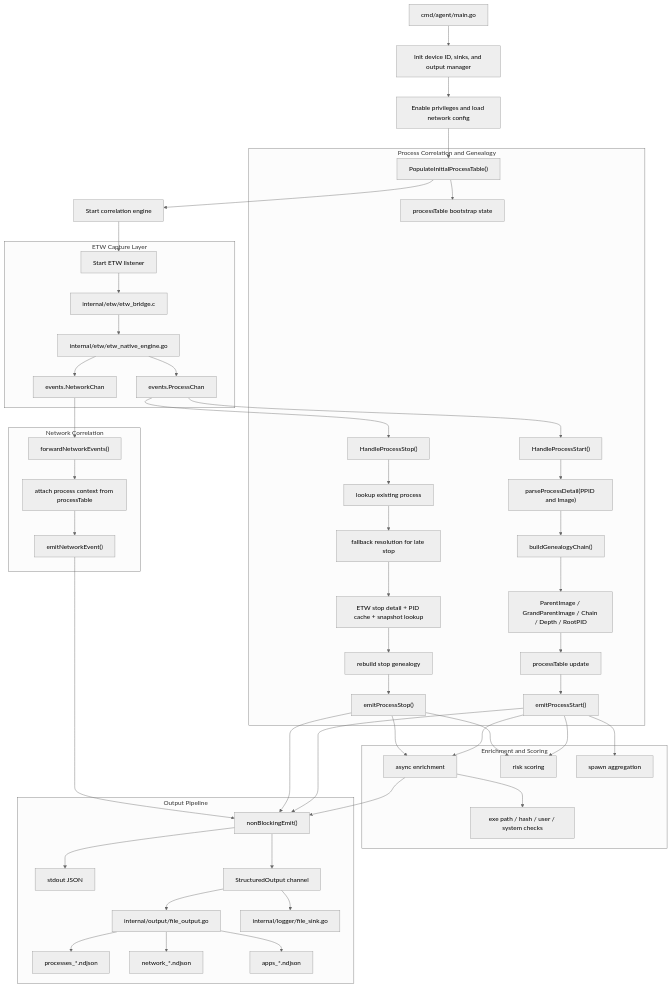
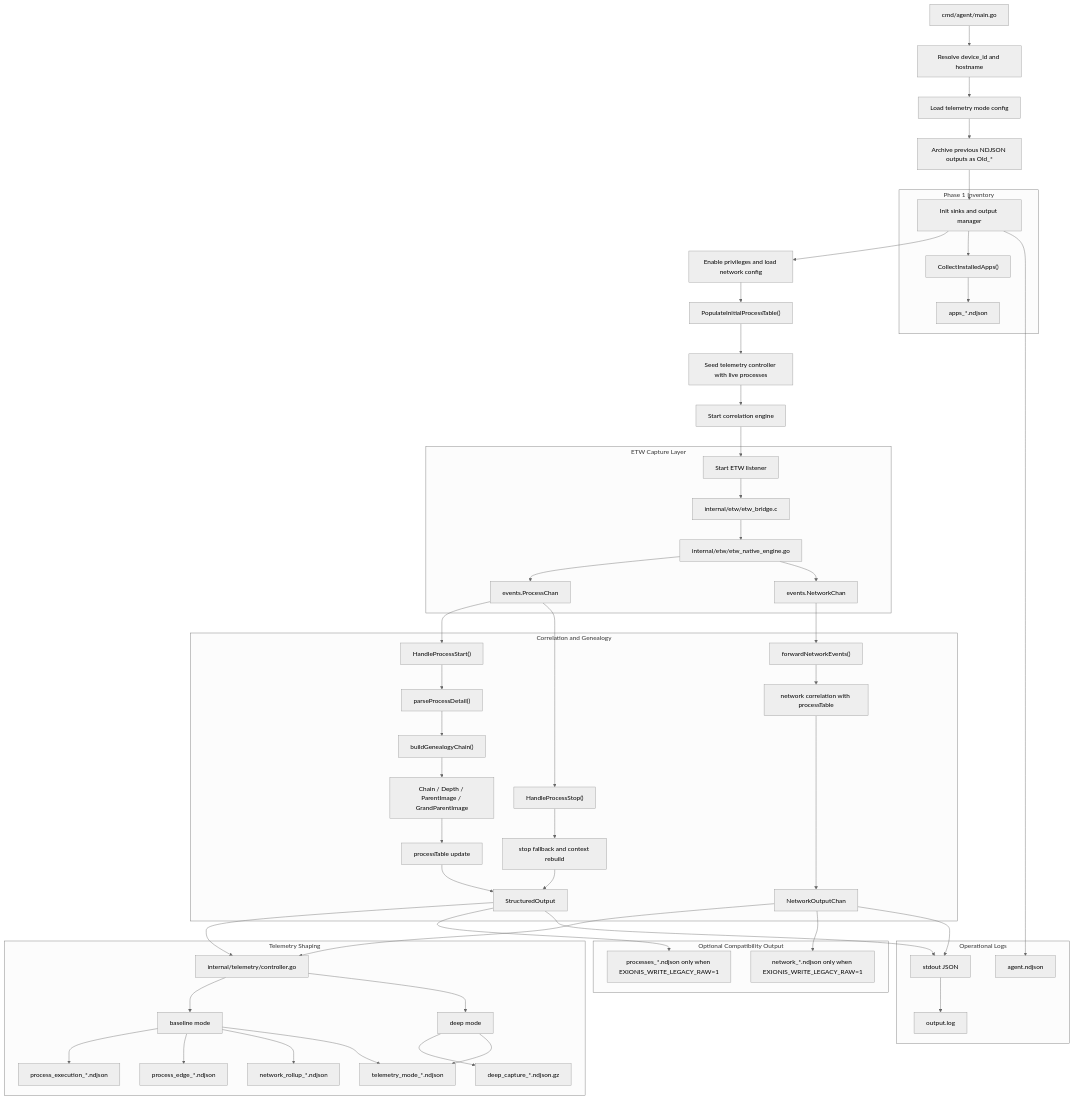
The diagram in Architecutr_worflow/project_workflow.mmd (sanjayverma139/Exionis-swg), drawn with Mermaid (neutral theme) before and after one commit. The commit also changed 1383 other files, not shown here.

```diff
--- a/Architecutr_worflow/project_workflow.mmd
+++ b/Architecutr_worflow/project_workflow.mmd
@@ -1,62 +1,64 @@
 flowchart TD
-    A["cmd/agent/main.go"] --> B["Init device ID, sinks, and output manager"]
-    B --> C["Enable privileges and load network config"]
-    C --> D["PopulateInitialProcessTable()"]
-    D --> E["Start correlation engine"]
-    E --> F["Start ETW listener"]
+    A["cmd/agent/main.go"] --> B["Resolve device_id and hostname"]
+    B --> C["Load telemetry mode config"]
+    C --> D["Archive previous NDJSON outputs as Old_*"]
+    D --> E["Init sinks and output manager"]
+    E --> F["Enable privileges and load network config"]
+    F --> G["PopulateInitialProcessTable()"]
+    G --> H["Seed telemetry controller with live processes"]
+    H --> I["Start correlation engine"]
+    I --> J["Start ETW listener"]
 
     subgraph ETW["ETW Capture Layer"]
-        F --> G["internal/etw/etw_bridge.c"]
-        G --> H["internal/etw/etw_native_engine.go"]
-        H --> I["events.ProcessChan"]
-        H --> J["events.NetworkChan"]
+        J --> K["internal/etw/etw_bridge.c"]
+        K --> L["internal/etw/etw_native_engine.go"]
+        L --> M["events.ProcessChan"]
+        L --> N["events.NetworkChan"]
     end
 
-    subgraph PROC["Process Correlation and Genealogy"]
-        D --> K["processTable bootstrap state"]
-        I --> L["HandleProcessStart()"]
-        I --> M["HandleProcessStop()"]
-
-        L --> N["parseProcessDetail(PPID and Image)"]
-        N --> O["buildGenealogyChain()"]
-        O --> P["ParentImage / GrandParentImage / Chain / Depth / RootPID"]
-        P --> Q["processTable update"]
-        Q --> R["emitProcessStart()"]
-
-        M --> S["lookup existing process"]
-        S --> T["fallback resolution for late stop"]
-        T --> U["ETW stop detail + PID cache + snapshot lookup"]
-        U --> V["rebuild stop genealogy"]
-        V --> W["emitProcessStop()"]
+    subgraph CORR["Correlation and Genealogy"]
+        M --> O["HandleProcessStart()"]
+        M --> P["HandleProcessStop()"]
+        O --> Q["parseProcessDetail()"]
+        Q --> R["buildGenealogyChain()"]
+        R --> S["Chain / Depth / ParentImage / GrandParentImage"]
+        S --> T["processTable update"]
+        T --> U["StructuredOutput"]
+        P --> V["stop fallback and context rebuild"]
+        V --> U
+        N --> W["forwardNetworkEvents()"]
+        W --> X["network correlation with processTable"]
+        X --> Y["NetworkOutputChan"]
     end
 
-    subgraph NET["Network Correlation"]
-        J --> X["forwardNetworkEvents()"]
-        X --> Y["attach process context from processTable"]
-        Y --> Z["emitNetworkEvent()"]
+    subgraph TELE["Telemetry Shaping"]
+        U --> Z["internal/telemetry/controller.go"]
+        Y --> Z
+        Z --> AA["baseline mode"]
+        Z --> AB["deep mode"]
+
+        AA --> AC["process_execution_*.ndjson"]
+        AA --> AD["process_edge_*.ndjson"]
+        AA --> AE["network_rollup_*.ndjson"]
+        AA --> AF["telemetry_mode_*.ndjson"]
+
+        AB --> AG["deep_capture_*.ndjson.gz"]
+        AB --> AF
     end
 
-    subgraph ENRICH["Enrichment and Scoring"]
-        R --> AA["async enrichment"]
-        W --> AA
-        AA --> AB["exe path / hash / user / system checks"]
-        R --> AC["risk scoring"]
-        W --> AC
-        R --> AD["spawn aggregation"]
+    subgraph PH1["Phase 1 Inventory"]
+        E --> AH["CollectInstalledApps()"]
+        AH --> AI["apps_*.ndjson"]
     end
 
-    subgraph OUT["Output Pipeline"]
-        R --> AE["nonBlockingEmit()"]
-        W --> AE
-        Z --> AE
-        AA --> AE
+    subgraph LEGACY["Optional Compatibility Output"]
+        U --> AJ["processes_*.ndjson only when EXIONIS_WRITE_LEGACY_RAW=1"]
+        Y --> AK["network_*.ndjson only when EXIONIS_WRITE_LEGACY_RAW=1"]
+    end
 
-        AE --> AF["stdout JSON"]
-        AE --> AG["StructuredOutput channel"]
-        AG --> AH["internal/output/file_output.go"]
-        AG --> AI["internal/logger/file_sink.go"]
-
-        AH --> AJ["processes_*.ndjson"]
-        AH --> AK["network_*.ndjson"]
-        AH --> AL["apps_*.ndjson"]
+    subgraph OBS["Operational Logs"]
+        U --> AL["stdout JSON"]
+        Y --> AL
+        AL --> AM["output.log"]
+        E --> AN["agent.ndjson"]
     end
```
